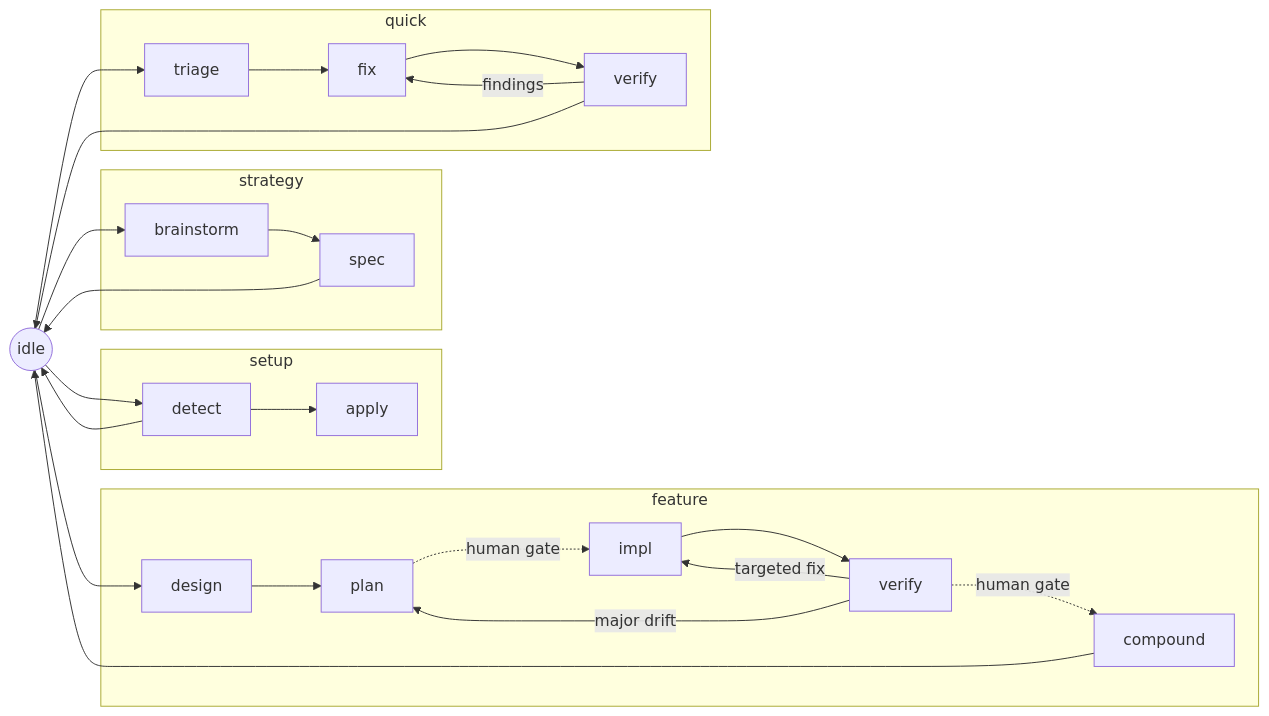
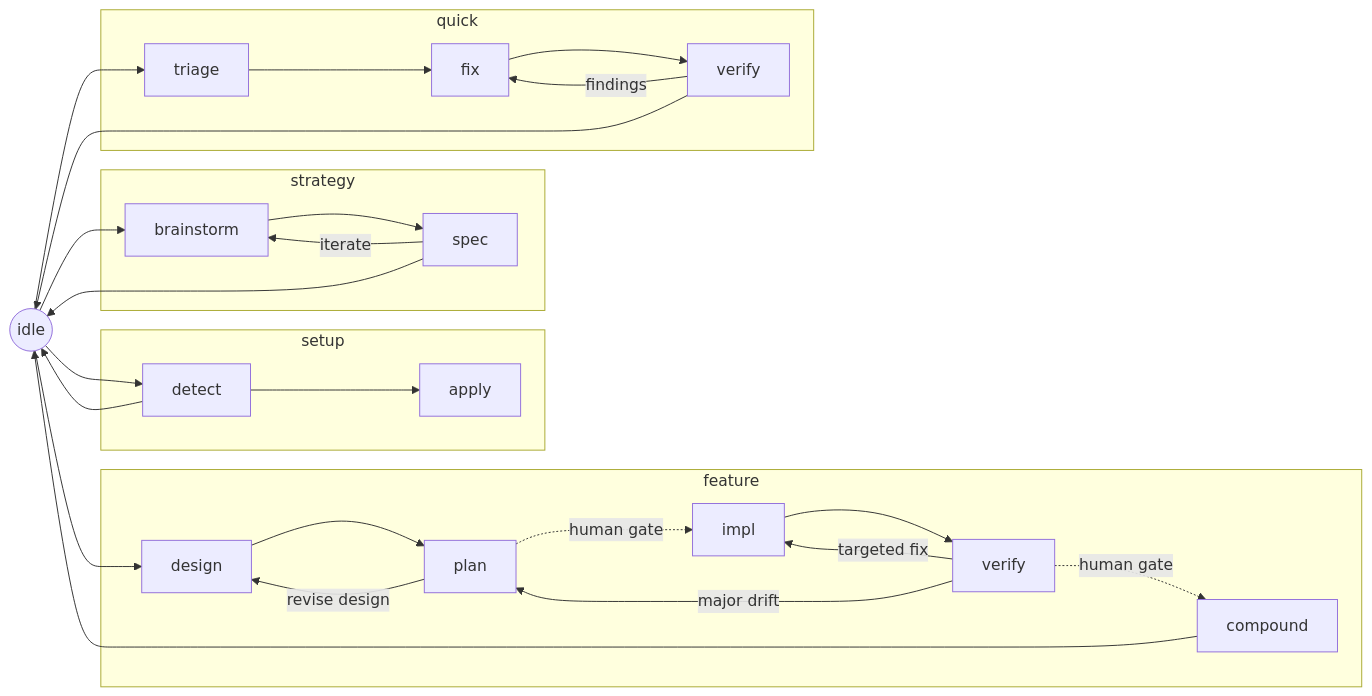
Before and after one commit to LennardZuendorf/vibe: the diagram in flow/README.md, drawn with Mermaid. The commit also changed other lines of this file and 26 other files, not shown here.

First line of the commit message:
feat(flow): flow-legibility — imperative orders, doctrine hook, drift nudges (#16)

````diff
--- a/flow/README.md
+++ b/flow/README.md
@@ -60,27 +64,29 @@
 ```mermaid
 flowchart LR
     I((idle))
     subgraph setup
         SD[detect] --> SA[apply]
     end
     subgraph strategy
         SB[brainstorm] --> SS[spec]
+        SS -->|iterate| SB
     end
     subgraph feature
         D[design] --> P[plan] -. human gate .-> IM[impl] --> V[verify]
         V -. human gate .-> C[compound]
         V -->|targeted fix| IM
         V -->|major drift| P
+        P -->|revise design| D
     end
     subgraph quick
         T[triage] --> F[fix] --> QV[verify]
         QV -->|findings| F
     end
     I --> SD --> I
     I --> SB
     I --> D
     I --> T
     SS --> I
     C --> I
     QV --> I
 ```
````
